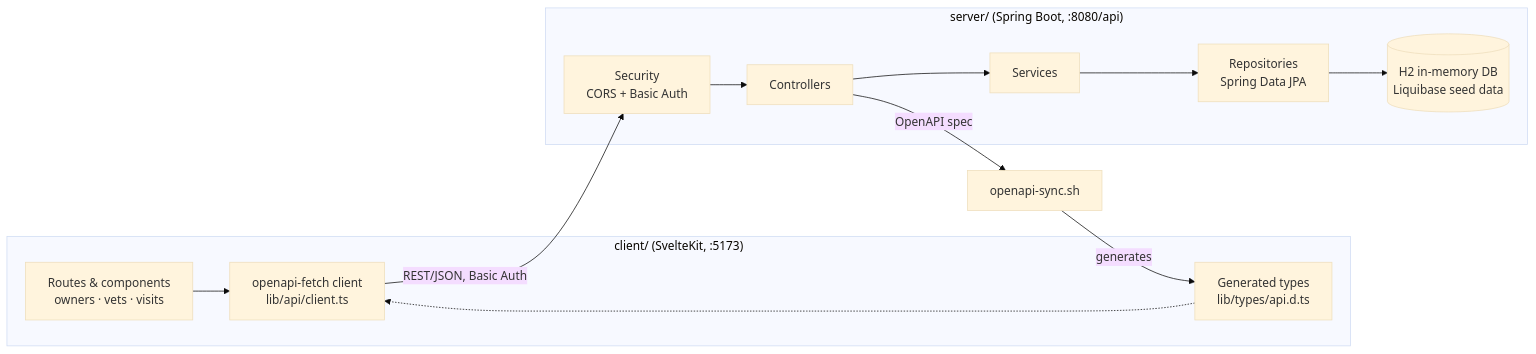
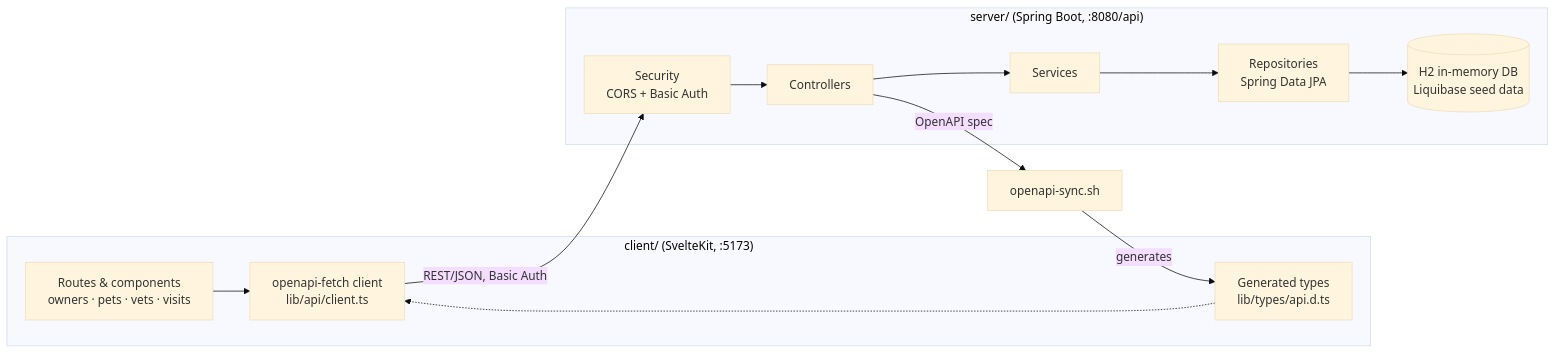
One commit to rfourieilionx/vethub changed the first of 2 diagrams in README.md. Above: the diagram before and after it, drawn with Mermaid (base theme). The commit also changed other lines of this file and 2 other files, not shown here.

````diff
--- a/README.md
+++ b/README.md
@@ -15,23 +15,23 @@
 ```mermaid
 flowchart LR
     subgraph Client["client/ (SvelteKit, :5173)"]
-        UI["Routes & components<br/>owners · vets · visits"]
+        UI["Routes & components<br/>owners · pets · vets · visits"]
         API["openapi-fetch client<br/>lib/api/client.ts"]
         Types["Generated types<br/>lib/types/api.d.ts"]
         UI --> API
         Types -.-> API
     end
 
     subgraph Server["server/ (Spring Boot, :8080/api)"]
         Sec["Security<br/>CORS + Basic Auth"]
         Ctrl["Controllers"]
         Svc["Services"]
         Repo["Repositories<br/>Spring Data JPA"]
         DB[("H2 in-memory DB<br/>Liquibase seed data")]
         Sec --> Ctrl --> Svc --> Repo --> DB
     end
 
     API -- "REST/JSON, Basic Auth" --> Sec
     Ctrl -- "OpenAPI spec" --> Sync["openapi-sync.sh"]
     Sync -- "generates" --> Types
 ```
````
